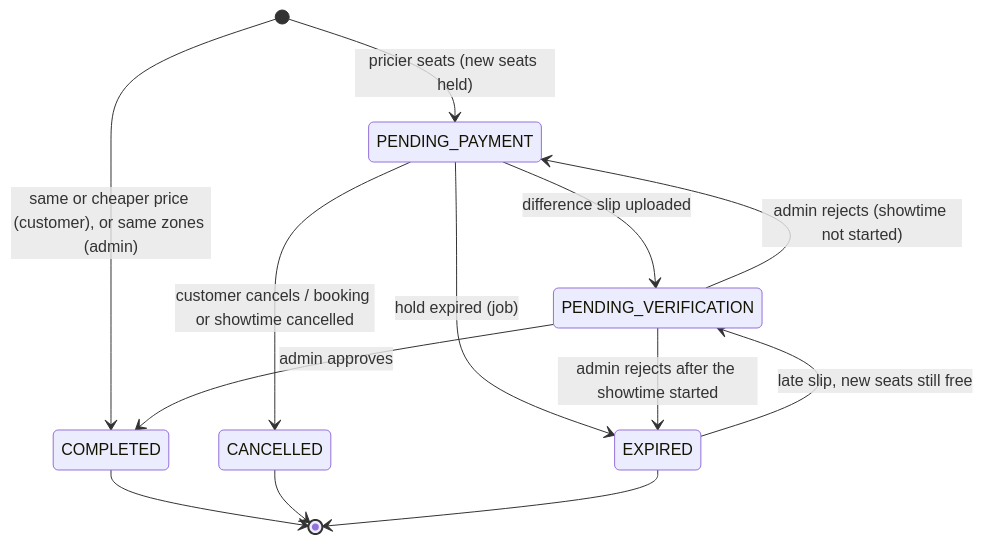
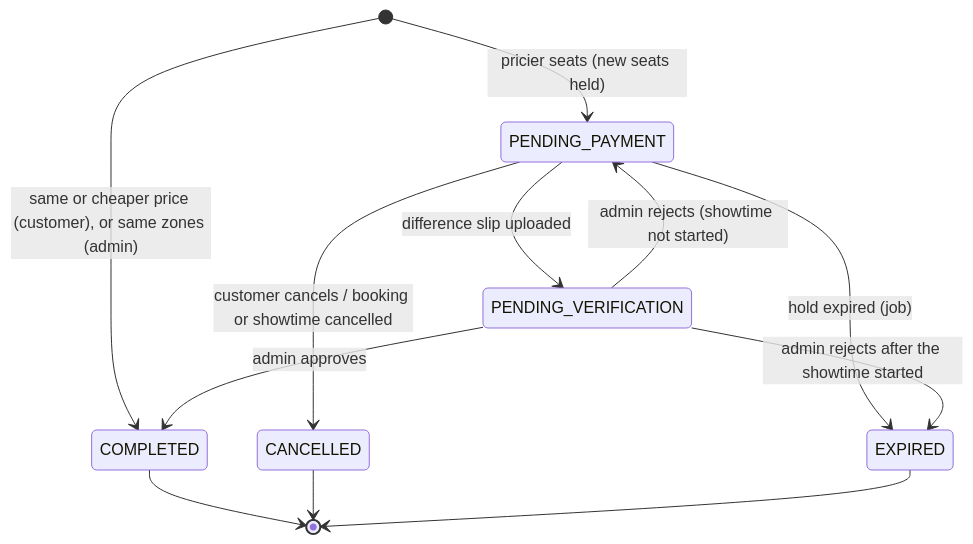
One commit to asdzxcvbn1509a/Sphere-Cineplex changed the fifth of 6 diagrams in docs/state-machines.md. Above: the diagram before and after it, drawn with Mermaid. The commit also changed other lines of this file and 101 other files, not shown here.

````diff
--- a/docs/state-machines.md
+++ b/docs/state-machines.md
@@ -113,15 +107,14 @@
 ```mermaid
 stateDiagram-v2
     [*] --> COMPLETED: same or cheaper price (customer), or same zones (admin)
     [*] --> PENDING_PAYMENT: pricier seats (new seats held)
     PENDING_PAYMENT --> PENDING_VERIFICATION: difference slip uploaded
     PENDING_PAYMENT --> EXPIRED: hold expired (job)
     PENDING_PAYMENT --> CANCELLED: customer cancels / booking or showtime cancelled
     PENDING_VERIFICATION --> COMPLETED: admin approves
     PENDING_VERIFICATION --> PENDING_PAYMENT: admin rejects (showtime not started)
     PENDING_VERIFICATION --> EXPIRED: admin rejects after the showtime started
-    EXPIRED --> PENDING_VERIFICATION: late slip, new seats still free
     COMPLETED --> [*]
     CANCELLED --> [*]
     EXPIRED --> [*]
 ```
````
